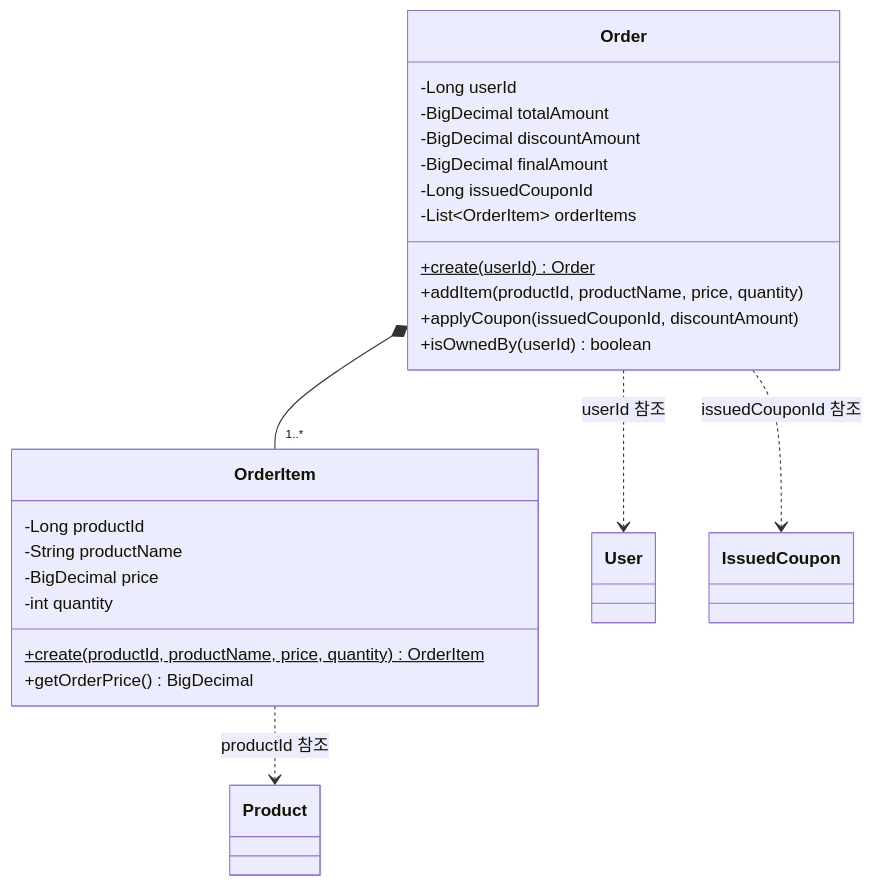
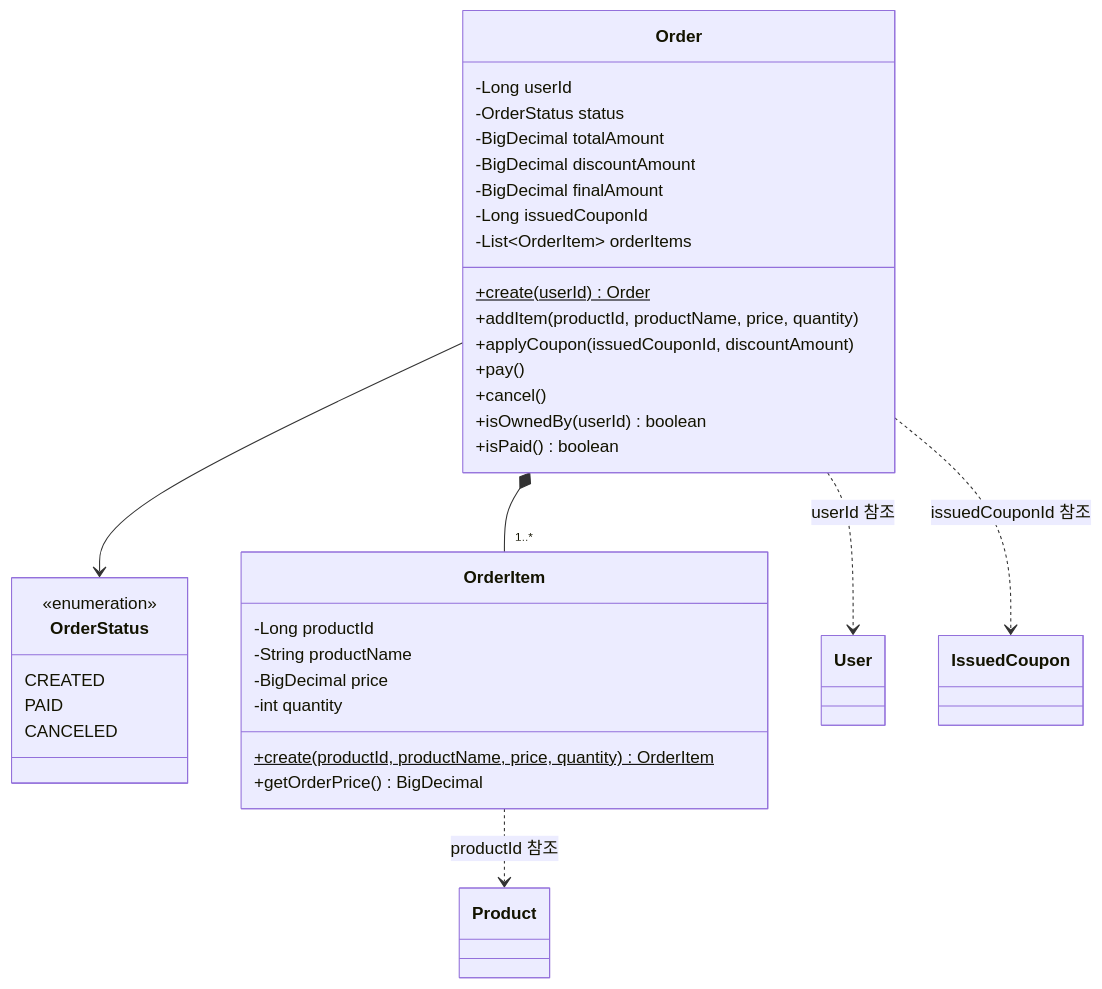
The diagram in docs/design/order/class-diagram.md (Loopers-dev-lab/loop-pack-be-l2-vol3-java), drawn with Mermaid before and after one commit. The commit also changed other lines of this file and 22 other files, not shown here.

````diff
--- a/docs/design/order/class-diagram.md
+++ b/docs/design/order/class-diagram.md
@@ -8,29 +8,41 @@
 ```mermaid
 classDiagram
     class Order {
         -Long userId
+        -OrderStatus status
         -BigDecimal totalAmount
         -BigDecimal discountAmount
         -BigDecimal finalAmount
         -Long issuedCouponId
         -List~OrderItem~ orderItems
         +create(userId)$ Order
         +addItem(productId, productName, price, quantity)
         +applyCoupon(issuedCouponId, discountAmount)
+        +pay()
+        +cancel()
         +isOwnedBy(userId) boolean
+        +isPaid() boolean
+    }
+
+    class OrderStatus {
+        <<enumeration>>
+        CREATED
+        PAID
+        CANCELED
     }
 
     class OrderItem {
         -Long productId
         -String productName
         -BigDecimal price
         -int quantity
         +create(productId, productName, price, quantity)$ OrderItem
         +getOrderPrice() BigDecimal
     }
 
+    Order --> OrderStatus
     Order *-- "1..*" OrderItem
     OrderItem ..> Product : productId 참조
     Order ..> User : userId 참조
     Order ..> IssuedCoupon : issuedCouponId 참조
 ```
````
